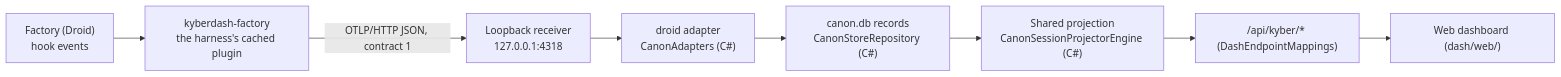
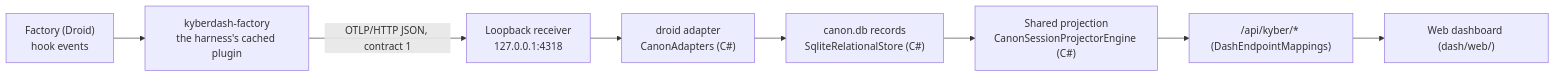
Before and after one commit to dpalfery/kyber-weave: the fourth of 6 diagrams in docs/dash/architecture.md, drawn with Mermaid. The commit also changed other lines of this file and 200 other files, not shown here.

First line of the commit message:
feat(kyberdash): kyberDash Relational Store Implementation [copilot] (#652)

````diff
--- a/docs/dash/architecture.md
+++ b/docs/dash/architecture.md
@@ -487,10 +498,10 @@
 ```mermaid
 flowchart LR
     Host["Factory (Droid)<br/>hook events"] --> Plugin["kyberdash-factory<br/>the harness's cached plugin"]
     Plugin -->|"OTLP/HTTP JSON, contract 1"| Receiver["Loopback receiver<br/>127.0.0.1:4318"]
     Receiver --> Adapter["droid adapter<br/>CanonAdapters (C#)"]
-    Adapter --> Store["canon.db records<br/>CanonStoreRepository (C#)"]
+    Adapter --> Store["canon.db records<br/>SqliteRelationalStore (C#)"]
     Store --> Projection["Shared projection<br/>CanonSessionProjectorEngine (C#)"]
     Projection --> API["/api/kyber/* (DashEndpointMappings)"]
     API --> Dashboard["Web dashboard (dash/web/)"]
 ```
````
